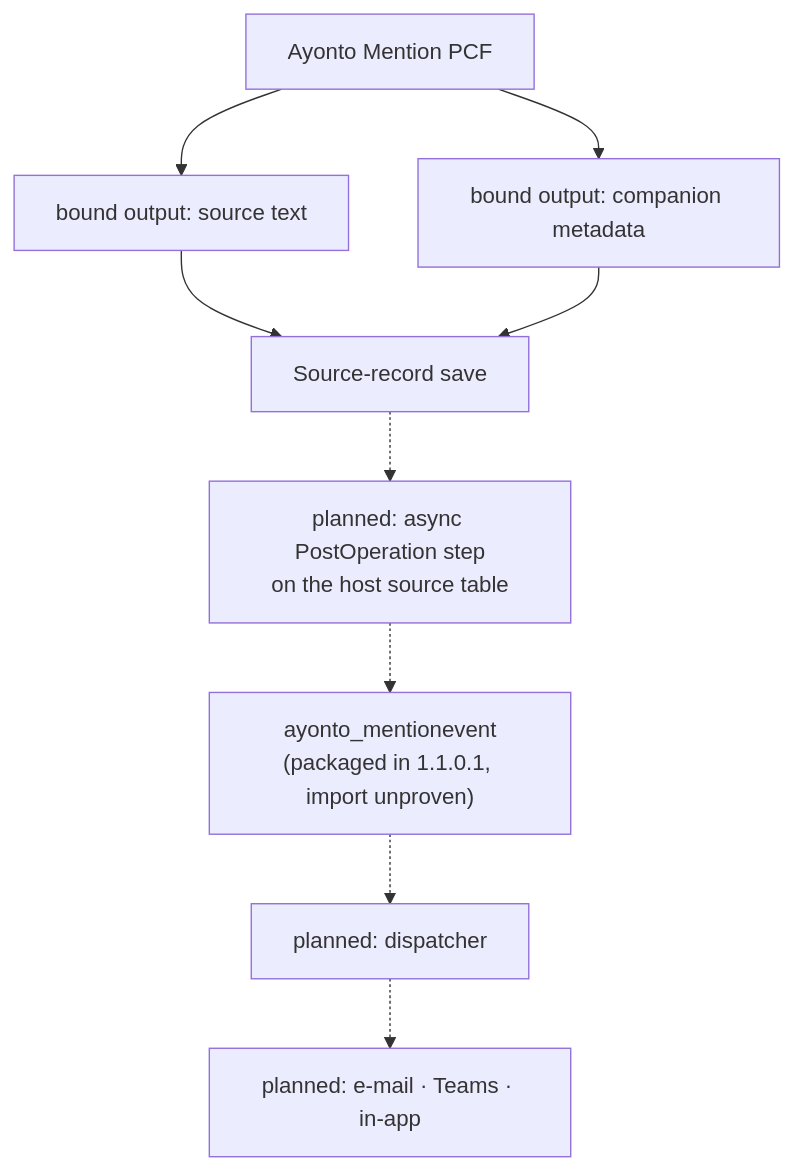
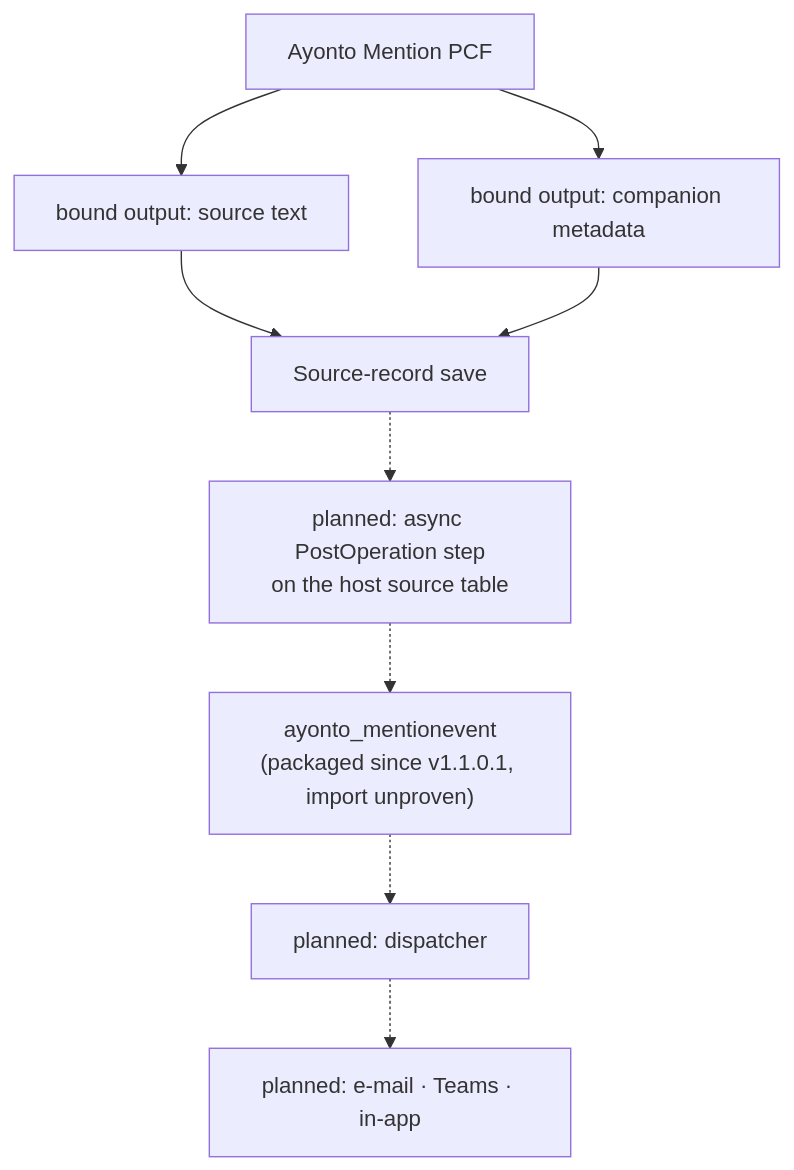
One commit to Ayonto-Digital-Solutions/ayonto-mention changed the diagram in docs/server-architecture.md. Above: the diagram before and after it, drawn with Mermaid. The commit also changed other lines of this file and 10 other files, not shown here.

````diff
--- a/docs/server-architecture.md
+++ b/docs/server-architecture.md
@@ -447,11 +455,11 @@
 ```mermaid
 flowchart TD
     pcf["Ayonto Mention PCF"] --> text["bound output: source text"]
     pcf --> meta["bound output: companion metadata"]
     text --> save["Source-record save"]
     meta --> save
     save -.-> step["planned: async PostOperation step<br/>on the host source table"]
-    step -.-> ledger["ayonto_mentionevent<br/>(packaged in 1.1.0.1, import unproven)"]
+    step -.-> ledger["ayonto_mentionevent<br/>(packaged since v1.1.0.1, import unproven)"]
     ledger -.-> dispatcher["planned: dispatcher"]
     dispatcher -.-> channels["planned: e-mail · Teams · in-app"]
 ```
````
